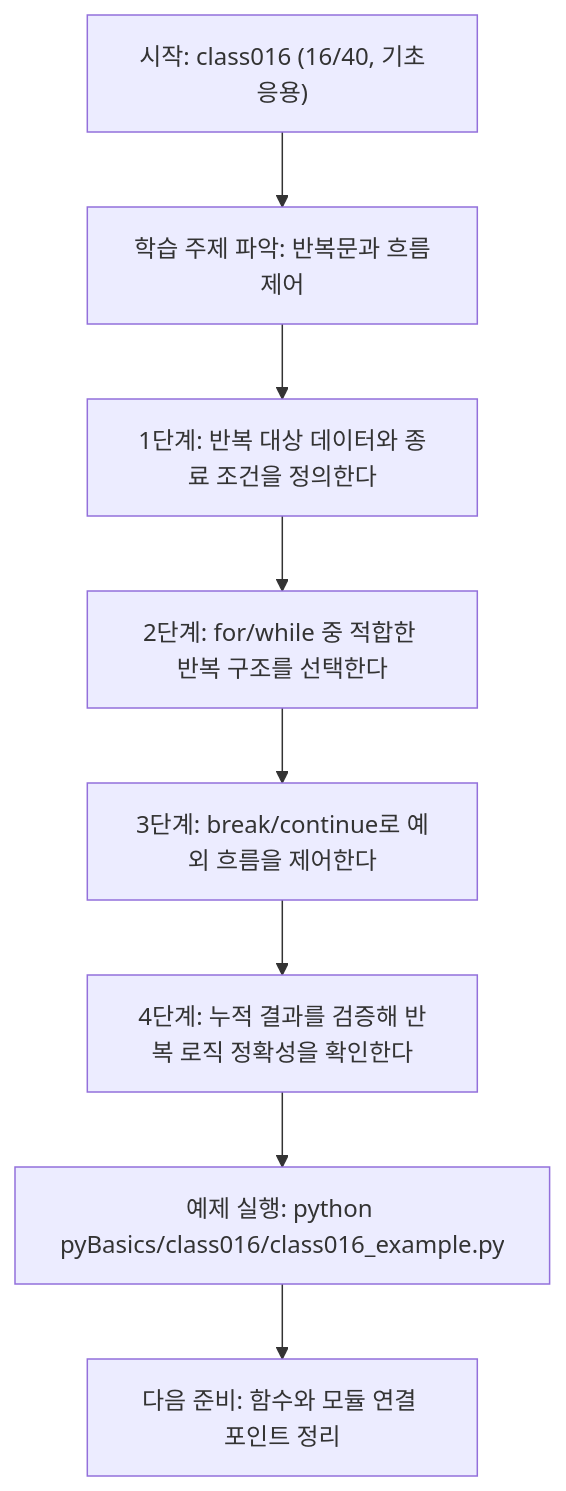
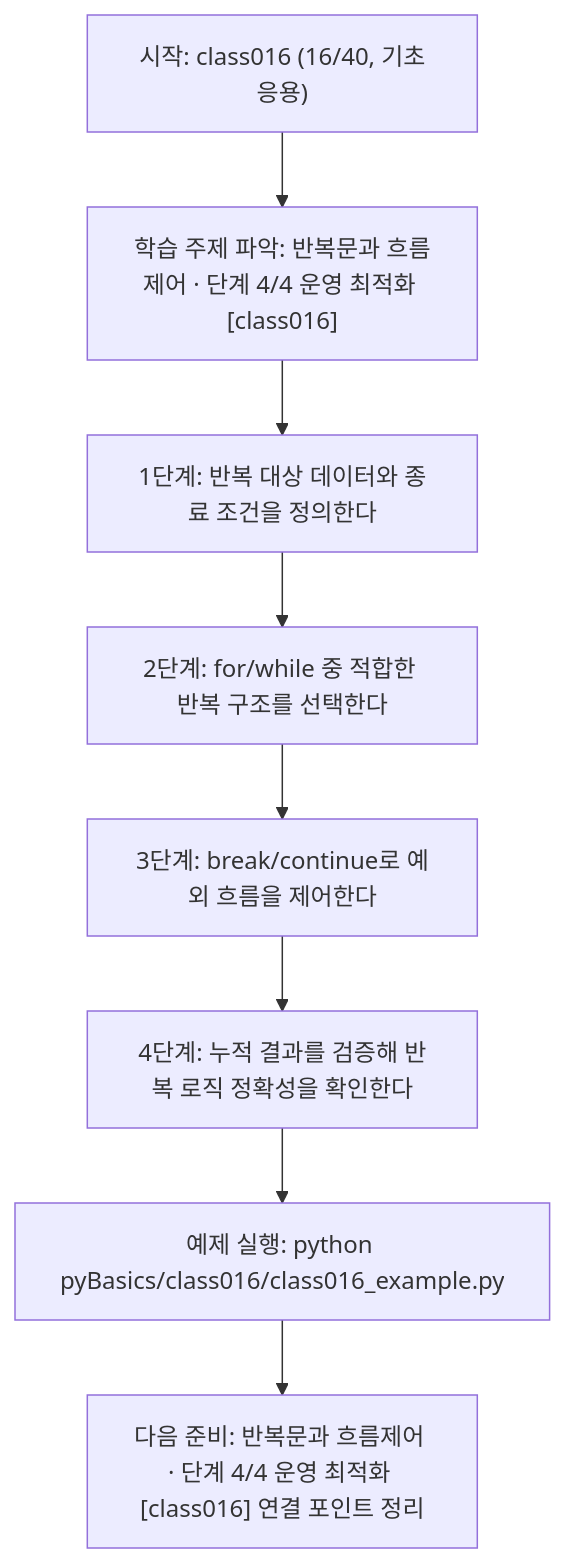
The diagram in pyBasics/class016/class016.md (edumgt/Python-AI_Agent-Class), drawn with Mermaid before and after one commit. The commit also changed other lines of this file and 522 other files, not shown here.

````diff
--- a/pyBasics/class016/class016.md
+++ b/pyBasics/class016/class016.md
@@ -108,18 +109,18 @@
 ```mermaid
 flowchart TD
 N1["시작: class016 (16/40, 기초응용)"]
-N2["학습 주제 파악: 반복문과 흐름제어"]
+N2["학습 주제 파악: 반복문과 흐름제어 · 단계 4/4 운영 최적화 [class016]"]
 N3["1단계: 반복 대상 데이터와 종료 조건을 정의한다"]
 N4["2단계: for/while 중 적합한 반복 구조를 선택한다"]
 N5["3단계: break/continue로 예외 흐름을 제어한다"]
 N6["4단계: 누적 결과를 검증해 반복 로직 정확성을 확인한다"]
 N7["예제 실행: python pyBasics/class016/class016_example.py"]
-N8["다음 준비: 함수와 모듈 연결 포인트 정리"]
+N8["다음 준비: 반복문과 흐름제어 · 단계 4/4 운영 최적화 [class016] 연결 포인트 정리"]
 N1 --> N2
 N2 --> N3
 N3 --> N4
 N4 --> N5
 N5 --> N6
 N6 --> N7
 N7 --> N8
 ```
````
